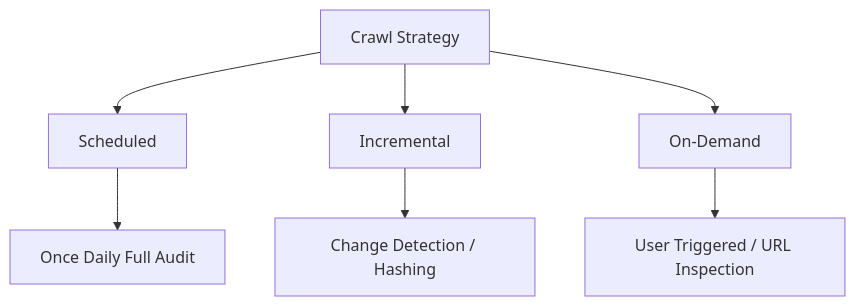
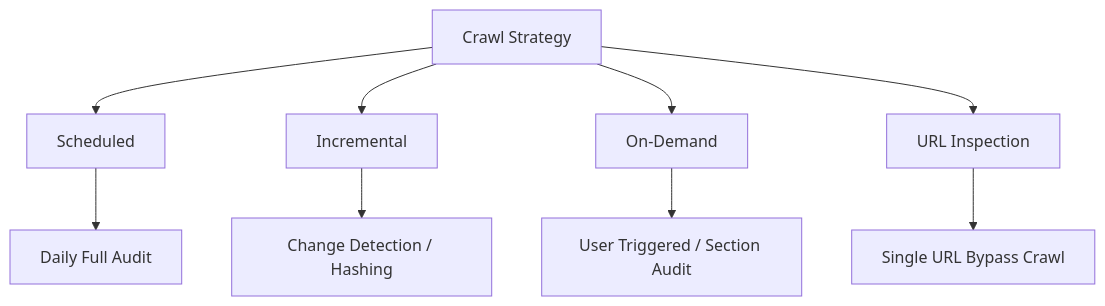
One commit to Thunderk3g/seo changed the first of 2 diagrams in docs/Crawling Strategies.md. Above: the diagram before and after it, drawn with Mermaid. The commit also changed other lines of this file and 14 other files, not shown here.

````diff
--- a/docs/Crawling Strategies.md
+++ b/docs/Crawling Strategies.md
@@ -18,9 +20,11 @@
 ```mermaid
 graph TD
     A[Crawl Strategy] --> B[Scheduled]
     A --> C[Incremental]
     A --> D[On-Demand]
-    B --> B1[Once Daily Full Audit]
+    A --> E[URL Inspection]
+    B --> B1[Daily Full Audit]
     C --> C1[Change Detection / Hashing]
-    D --> D1[User Triggered / URL Inspection]
+    D --> D1[User Triggered / Section Audit]
+    E --> E1[Single URL Bypass Crawl]
 ```
````
